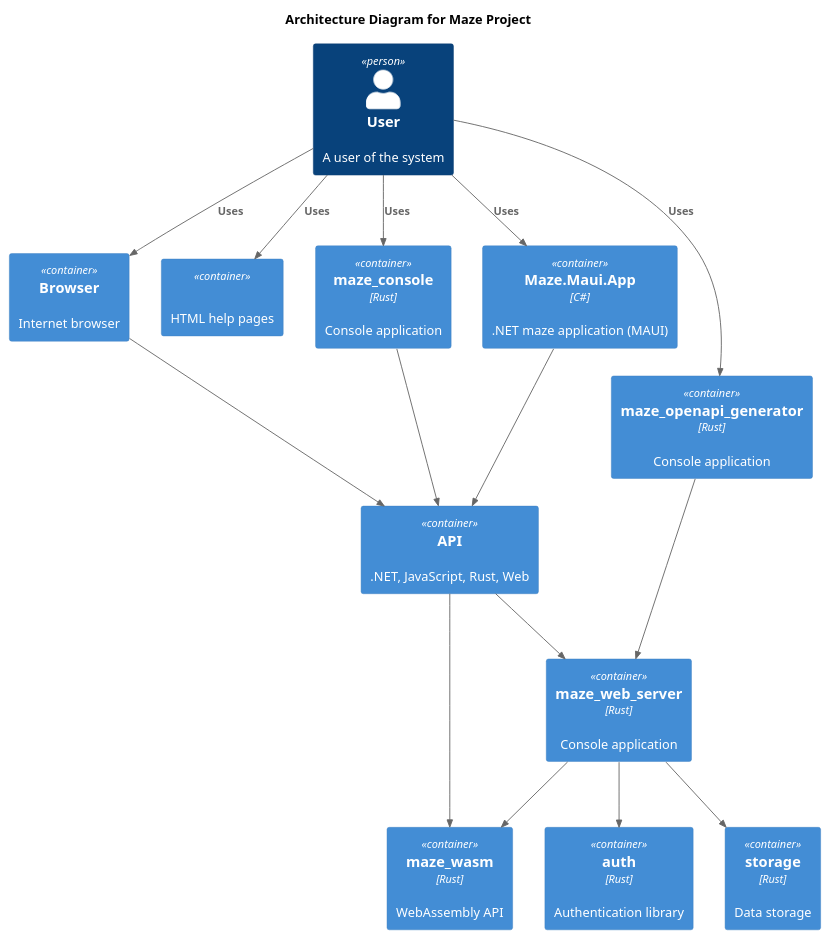
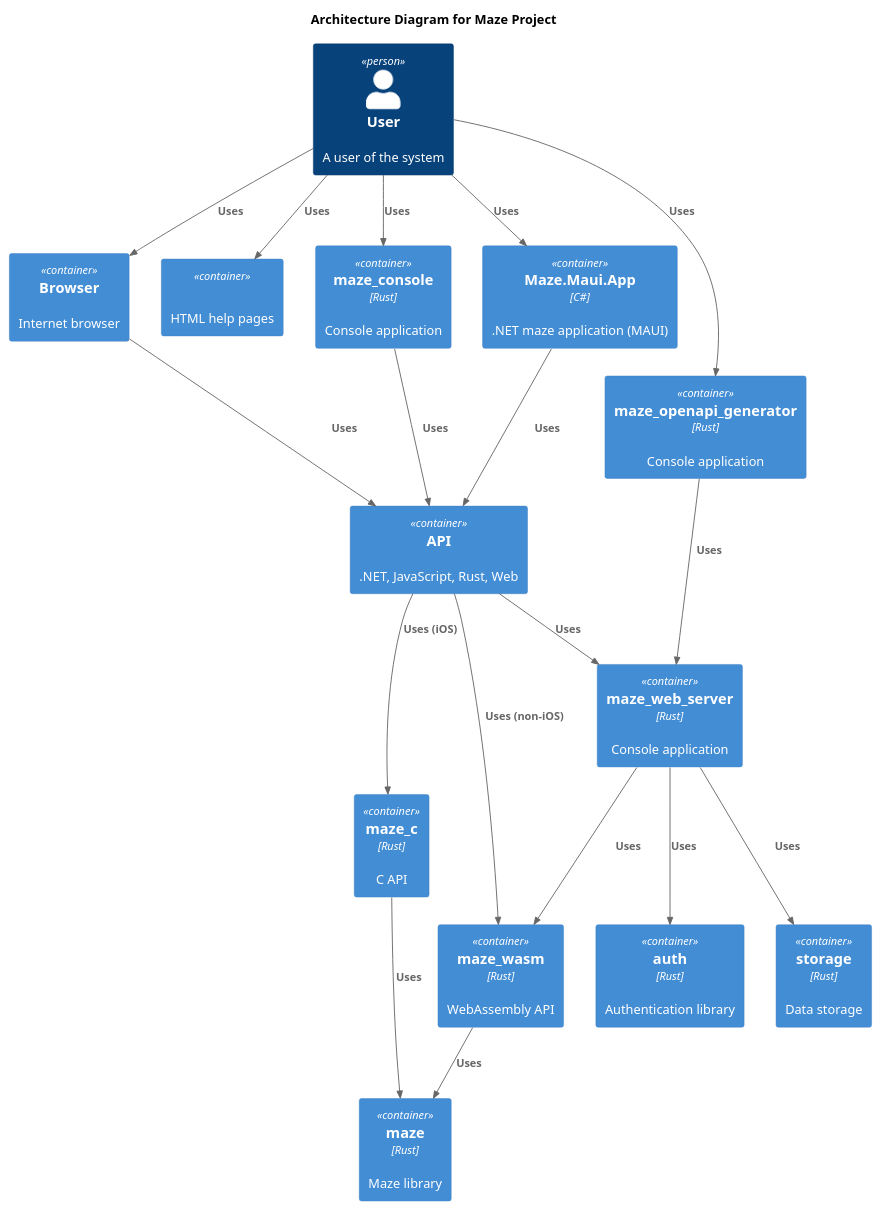
The diagram in docs/diagrams/architecture.puml (budgiedownunder/maze), drawn with PlantUML before and after one commit. The commit also changed 16 other files, not shown here.

Commit message:
1. Update for iOS build on both ios-arm64 and ios-arm64-sim (based on libmaze_c.a) - drop support for libwasmer.a 2. Add maze_c crate to build and test GitHub workflow 3. Update READMEs and diagrams

```diff
--- a/docs/diagrams/architecture.puml
+++ b/docs/diagrams/architecture.puml
@@ -2,35 +2,40 @@
 @startuml
 
 !include https://raw.githubusercontent.com/plantuml-stdlib/C4-PlantUML/master/C4_Container.puml
 
 title Architecture Diagram for Maze Project
 
 Person(user, "User", "A user of the system")
 
+Container(api, "API", "", ".NET, JavaScript, Rust, Web")
 Container(auth, "auth", "Rust", "Authentication library")
 Container(browser, "Browser", "", "Internet browser")
 Container(html_help, "", "", "HTML help pages")
+Container(maze, "maze", "Rust", "Maze library")
+Container(maze_c, "maze_c", "Rust", "C API")
 Container(maze_console, "maze_console", "Rust", "Console application")
 Container(maze_maui_app_net, "Maze.Maui.App", "C#", ".NET maze application (MAUI)")
 Container(maze_openapi_generator, "maze_openapi_generator", "Rust", "Console application")
-Container(api, "API", "", ".NET, JavaScript, Rust, Web")
 Container(maze_wasm, "maze_wasm", "Rust", "WebAssembly API")
 Container(maze_web_server, "maze_web_server", "Rust", "Console application")
 Container(storage, "storage", "Rust", "Data storage")
 
 Rel(user, browser, "Uses")
 Rel(user, html_help, "Uses")
 Rel(user, maze_console, "Uses")
 Rel(user, maze_maui_app_net, "Uses")
 Rel(user, maze_openapi_generator, "Uses")
-Rel(browser, api, "")
-Rel(maze_console, api, "")
-Rel(maze_maui_app_net, api, "")
-Rel(maze_openapi_generator, maze_web_server, "")
-Rel(api, maze_wasm, "")
-Rel(api, maze_web_server, "")
-Rel(maze_web_server, maze_wasm, "")
-Rel(maze_web_server, auth, "")
-Rel(maze_web_server, storage, "")
+Rel(browser, api, "Uses")
+Rel(maze_console, api, "Uses")
+Rel(maze_maui_app_net, api, "Uses")
+Rel(maze_openapi_generator, maze_web_server, "Uses")
+Rel(maze_c, maze, "Uses")
+Rel(maze_wasm, maze, "Uses")
+Rel(api, maze_wasm, "Uses (non-iOS)")
+Rel(api, maze_c, "Uses (iOS)")
+Rel(api, maze_web_server, "Uses")
+Rel(maze_web_server, maze_wasm, "Uses")
+Rel(maze_web_server, auth, "Uses")
+Rel(maze_web_server, storage, "Uses")
 
 @enduml
```
